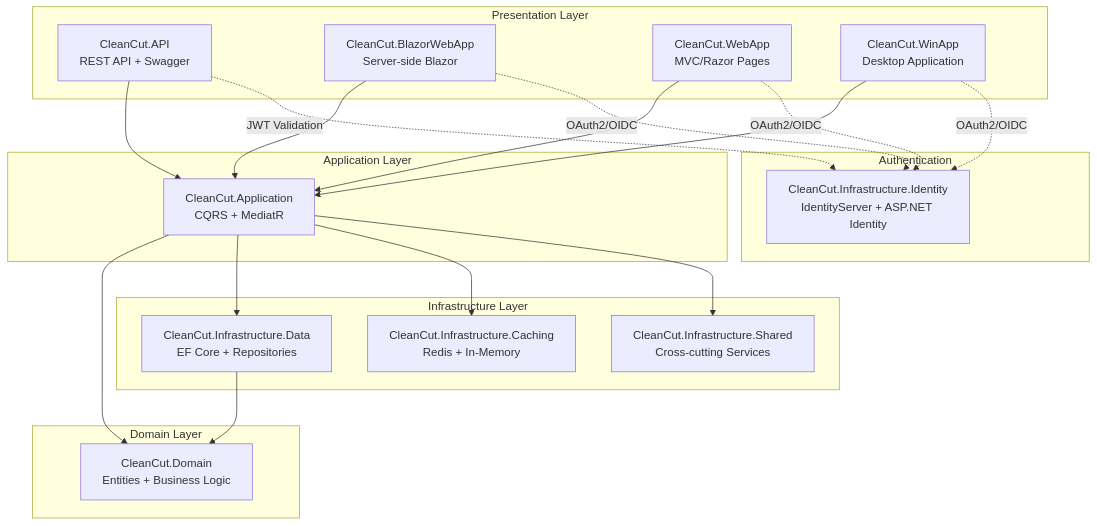
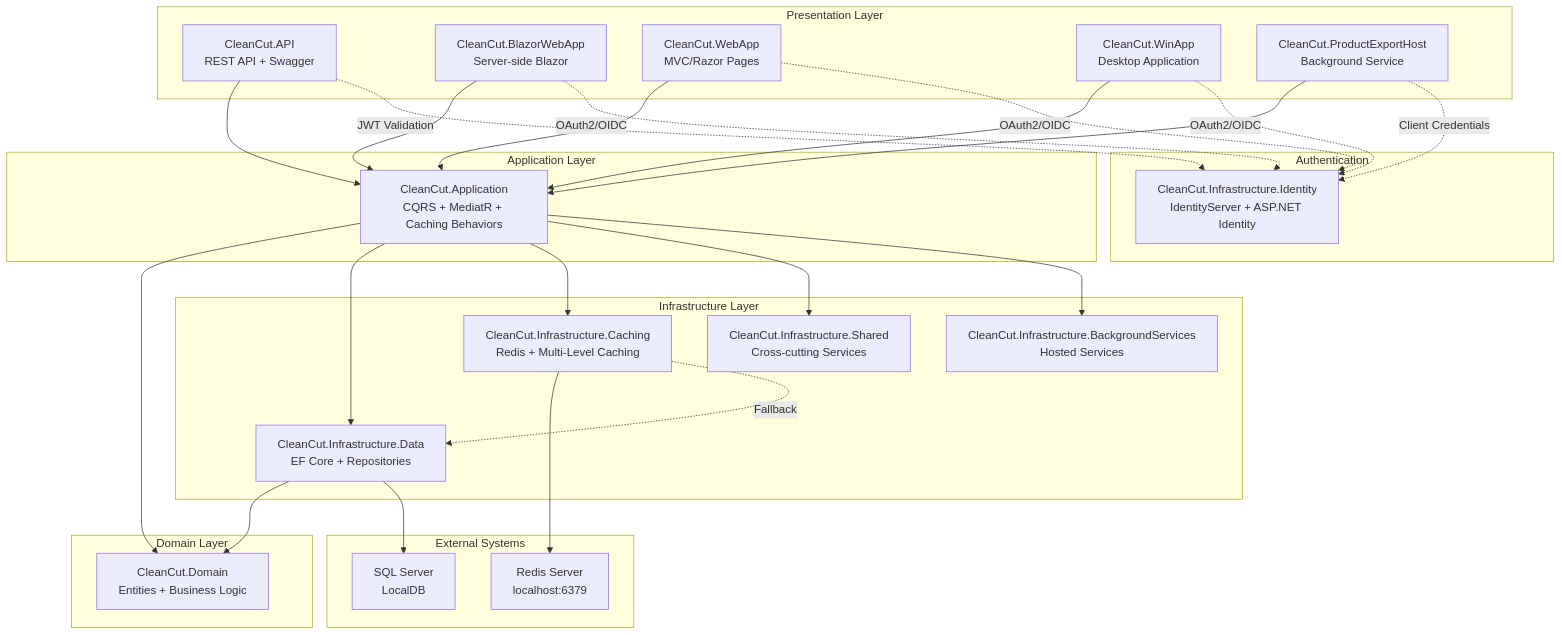
One commit to markyoxall/Cleancut changed the second of 3 diagrams in README.md. Above: the diagram before and after it, drawn with Mermaid. The commit also changed other lines of this file, not shown here.

````diff
--- a/README.md
+++ b/README.md
@@ -89,44 +109,58 @@
 ```mermaid
 graph TD
     subgraph "Presentation Layer"
-        API[CleanCut.API<br/>REST API + Swagger]
+   API[CleanCut.API<br/>REST API + Swagger]
         BLAZOR[CleanCut.BlazorWebApp<br/>Server-side Blazor]
         MVC[CleanCut.WebApp<br/>MVC/Razor Pages]
         WIN[CleanCut.WinApp<br/>Desktop Application]
+EXPORT[CleanCut.ProductExportHost<br/>Background Service]
     end
     
     subgraph "Authentication"
-IDENTITY[CleanCut.Infrastructure.Identity<br/>IdentityServer + ASP.NET Identity]
-end
-    
+        IDENTITY[CleanCut.Infrastructure.Identity<br/>IdentityServer + ASP.NET Identity]
+    end
+  
     subgraph "Application Layer"
-APP[CleanCut.Application<br/>CQRS + MediatR]
+     APP[CleanCut.Application<br/>CQRS + MediatR + Caching Behaviors]
     end
     
     subgraph "Domain Layer"
-        DOMAIN[CleanCut.Domain<br/>Entities + Business Logic]
-    end
+     DOMAIN[CleanCut.Domain<br/>Entities + Business Logic]
+  end
     
     subgraph "Infrastructure Layer"
         DATA[CleanCut.Infrastructure.Data<br/>EF Core + Repositories]
-        CACHE[CleanCut.Infrastructure.Caching<br/>Redis + In-Memory]
- SHARED[CleanCut.Infrastructure.Shared<br/>Cross-cutting Services]
+        CACHE[CleanCut.Infrastructure.Caching<br/>Redis + Multi-Level Caching]
+        SHARED[CleanCut.Infrastructure.Shared<br/>Cross-cutting Services]
+        BGSRV[CleanCut.Infrastructure.BackgroundServices<br/>Hosted Services]
+    end
+    
+    subgraph "External Systems"
+        REDIS_EXT[Redis Server<br/>localhost:6379]
+        SQLSERVER[SQL Server<br/>LocalDB]
     end
     
     API --> APP
     BLAZOR --> APP
     MVC --> APP
     WIN --> APP
+    EXPORT --> APP
     
     BLAZOR -.->|OAuth2/OIDC| IDENTITY
     MVC -.->|OAuth2/OIDC| IDENTITY
     WIN -.->|OAuth2/OIDC| IDENTITY
- API -.->|JWT Validation| IDENTITY
+    API -.->|JWT Validation| IDENTITY
+    EXPORT -.->|Client Credentials| IDENTITY
     
     APP --> DOMAIN
     APP --> DATA
     APP --> CACHE
     APP --> SHARED
+    APP --> BGSRV
     
     DATA --> DOMAIN
+    DATA --> SQLSERVER
+    CACHE --> REDIS_EXT
+    
+    CACHE -.->|Fallback| DATA
 ```
````
